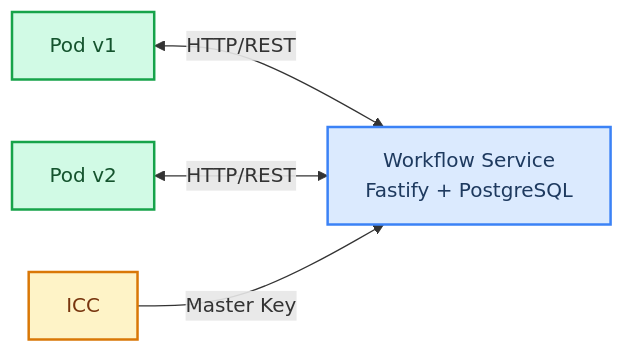
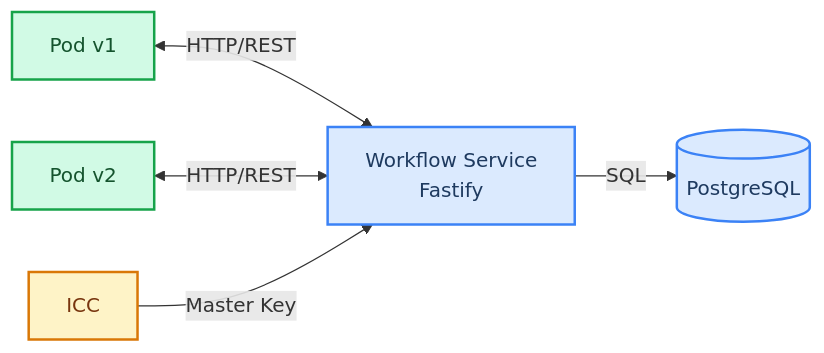
Before and after one commit to platformatic/platformatic-world: the diagram in README.md, drawn with Mermaid.

Commit message:
e2e vercel tests -complete

````diff
--- a/README.md
+++ b/README.md
@@ -9,17 +9,20 @@
 ```mermaid
 graph LR
     PodV1["Pod v1"]
     PodV2["Pod v2"]
     ICC["ICC"]
     WF["Workflow Service
-    Fastify + PostgreSQL"]
+    Fastify"]
+    PG[("PostgreSQL")]
 
     PodV1 <-->|"HTTP/REST"| WF
     PodV2 <-->|"HTTP/REST"| WF
     ICC -->|"Master Key"| WF
+    WF -->|"SQL"| PG
 
     style WF fill:#dbeafe,stroke:#3b82f6,stroke-width:2px,color:#1e3a5f
+    style PG fill:#dbeafe,stroke:#3b82f6,stroke-width:2px,color:#1e3a5f
     style PodV1 fill:#d1fae5,stroke:#16a34a,stroke-width:2px,color:#14532d
     style PodV2 fill:#d1fae5,stroke:#16a34a,stroke-width:2px,color:#14532d
     style ICC fill:#fef3c7,stroke:#d97706,stroke-width:2px,color:#78350f
 ```
````
